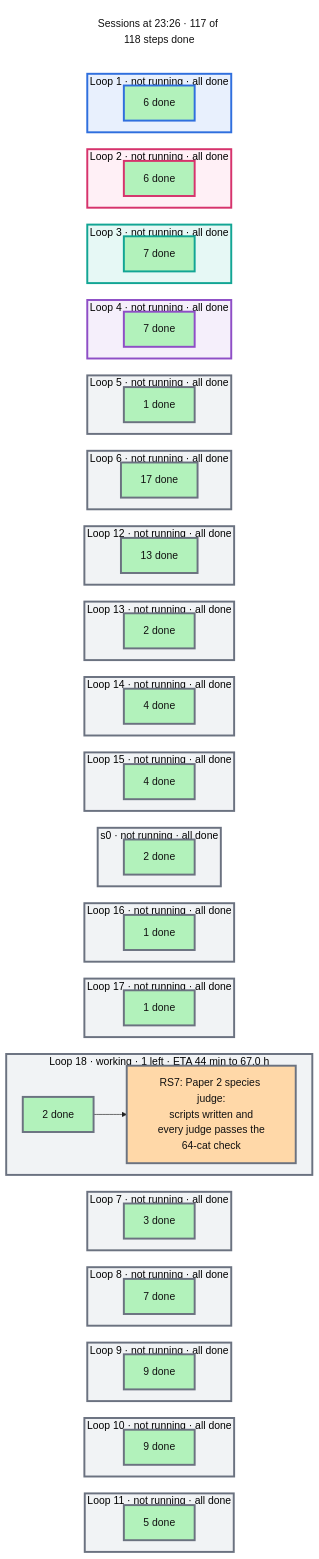
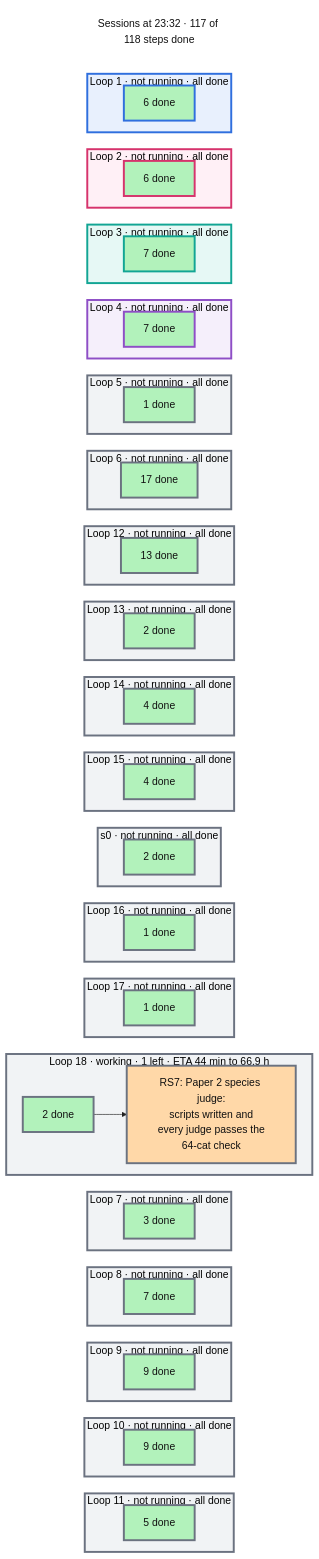
One commit to mo-rsa24/concept-composition changed the diagram in artifacts/notes/progress/sessions.mmd. Above: the diagram before and after it, drawn with Mermaid. The commit also changed 9 other files, not shown here.

```diff
--- a/artifacts/notes/progress/sessions.mmd
+++ b/artifacts/notes/progress/sessions.mmd
@@ -1,124 +1,124 @@
 %%{init: {'theme': 'base', 'themeVariables': {'fontFamily': 'monospace', 'primaryColor': '#ffffff', 'primaryBorderColor': '#222222', 'primaryTextColor': '#111111', 'lineColor': '#222222'}, 'flowchart': {'nodeSpacing': 16, 'rankSpacing': 26}}}%%
 flowchart TB
   classDef done fill:#b2f2bb,color:#111111
   classDef doing fill:#ffd8a8,color:#111111
   classDef todo fill:#e9ecef,color:#111111
   classDef note fill:#ffffff,stroke:#c92a2a,stroke-dasharray:5 5,color:#c92a2a
-  now["Sessions at 23:26 · 117 of 118 steps done"]
+  now["Sessions at 23:32 · 117 of 118 steps done"]
   style now fill:#ffffff,stroke:#ffffff,color:#111111
   subgraph L0["Loop 1 · not running · all done"]
     direction LR
     d0["6 done"]:::done
   end
   subgraph L1["Loop 2 · not running · all done"]
     direction LR
     d1["6 done"]:::done
   end
   subgraph L2["Loop 3 · not running · all done"]
     direction LR
     d2["7 done"]:::done
   end
   subgraph L3["Loop 4 · not running · all done"]
     direction LR
     d3["7 done"]:::done
   end
   subgraph L4["Loop 5 · not running · all done"]
     direction LR
     d4["1 done"]:::done
   end
   subgraph L5["Loop 6 · not running · all done"]
     direction LR
     d5["17 done"]:::done
   end
   subgraph L6["Loop 12 · not running · all done"]
     direction LR
     d6["13 done"]:::done
   end
   subgraph L7["Loop 13 · not running · all done"]
     direction LR
     d7["2 done"]:::done
   end
   subgraph L8["Loop 14 · not running · all done"]
     direction LR
     d8["4 done"]:::done
   end
   subgraph L9["Loop 15 · not running · all done"]
     direction LR
     d9["4 done"]:::done
   end
   subgraph L10["s0 · not running · all done"]
     direction LR
     d10["2 done"]:::done
   end
   subgraph L11["Loop 16 · not running · all done"]
     direction LR
     d11["1 done"]:::done
   end
   subgraph L12["Loop 17 · not running · all done"]
     direction LR
     d12["1 done"]:::done
   end
-  subgraph L13["Loop 18 · working · 1 left · ETA 44 min to 67.0 h"]
+  subgraph L13["Loop 18 · working · 1 left · ETA 44 min to 66.9 h"]
     direction LR
     d13["2 done"]:::done --> n_RS7["RS7: Paper 2 species judge:<br/>scripts written and<br/>every judge passes the<br/>64-cat check"]:::doing
   end
   subgraph L14["Loop 7 · not running · all done"]
     direction LR
     d14["3 done"]:::done
   end
   subgraph L15["Loop 8 · not running · all done"]
     direction LR
     d15["7 done"]:::done
   end
   subgraph L16["Loop 9 · not running · all done"]
     direction LR
     d16["9 done"]:::done
   end
   subgraph L17["Loop 10 · not running · all done"]
     direction LR
     d17["9 done"]:::done
   end
   subgraph L18["Loop 11 · not running · all done"]
     direction LR
     d18["5 done"]:::done
   end
   now ~~~ L0 ~~~ L1 ~~~ L2 ~~~ L3 ~~~ L4 ~~~ L5 ~~~ L6 ~~~ L7 ~~~ L8 ~~~ L9 ~~~ L10 ~~~ L11 ~~~ L12 ~~~ L13 ~~~ L14 ~~~ L15 ~~~ L16 ~~~ L17 ~~~ L18
   style L0 fill:#e8f0fd,stroke:#2f6fde,stroke-width:3px
   style d0 stroke:#2f6fde,stroke-width:3px
   style L1 fill:#fff0f6,stroke:#d6336c,stroke-width:3px
   style d1 stroke:#d6336c,stroke-width:3px
   style L2 fill:#e6f8f5,stroke:#12a594,stroke-width:3px
   style d2 stroke:#12a594,stroke-width:3px
   style L3 fill:#f5effb,stroke:#8e4ec6,stroke-width:3px
   style d3 stroke:#8e4ec6,stroke-width:3px
   style L4 fill:#f1f3f5,stroke:#6b7280,stroke-width:3px
   style d4 stroke:#6b7280,stroke-width:3px
   style L5 fill:#f1f3f5,stroke:#6b7280,stroke-width:3px
   style d5 stroke:#6b7280,stroke-width:3px
   style L6 fill:#f1f3f5,stroke:#6b7280,stroke-width:3px
   style d6 stroke:#6b7280,stroke-width:3px
   style L7 fill:#f1f3f5,stroke:#6b7280,stroke-width:3px
   style d7 stroke:#6b7280,stroke-width:3px
   style L8 fill:#f1f3f5,stroke:#6b7280,stroke-width:3px
   style d8 stroke:#6b7280,stroke-width:3px
   style L9 fill:#f1f3f5,stroke:#6b7280,stroke-width:3px
   style d9 stroke:#6b7280,stroke-width:3px
   style L10 fill:#f1f3f5,stroke:#6b7280,stroke-width:3px
   style d10 stroke:#6b7280,stroke-width:3px
   style L11 fill:#f1f3f5,stroke:#6b7280,stroke-width:3px
   style d11 stroke:#6b7280,stroke-width:3px
   style L12 fill:#f1f3f5,stroke:#6b7280,stroke-width:3px
   style d12 stroke:#6b7280,stroke-width:3px
   style L13 fill:#f1f3f5,stroke:#6b7280,stroke-width:3px
   style d13 stroke:#6b7280,stroke-width:3px
   style n_RS7 stroke:#6b7280,stroke-width:3px
   style L14 fill:#f1f3f5,stroke:#6b7280,stroke-width:3px
   style d14 stroke:#6b7280,stroke-width:3px
   style L15 fill:#f1f3f5,stroke:#6b7280,stroke-width:3px
   style d15 stroke:#6b7280,stroke-width:3px
   style L16 fill:#f1f3f5,stroke:#6b7280,stroke-width:3px
   style d16 stroke:#6b7280,stroke-width:3px
   style L17 fill:#f1f3f5,stroke:#6b7280,stroke-width:3px
   style d17 stroke:#6b7280,stroke-width:3px
   style L18 fill:#f1f3f5,stroke:#6b7280,stroke-width:3px
   style d18 stroke:#6b7280,stroke-width:3px
```
